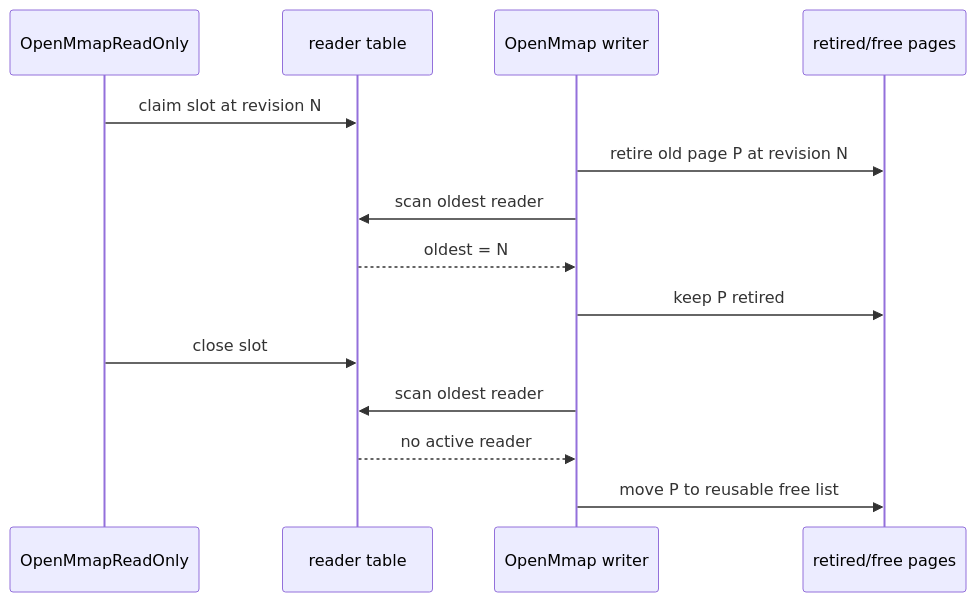
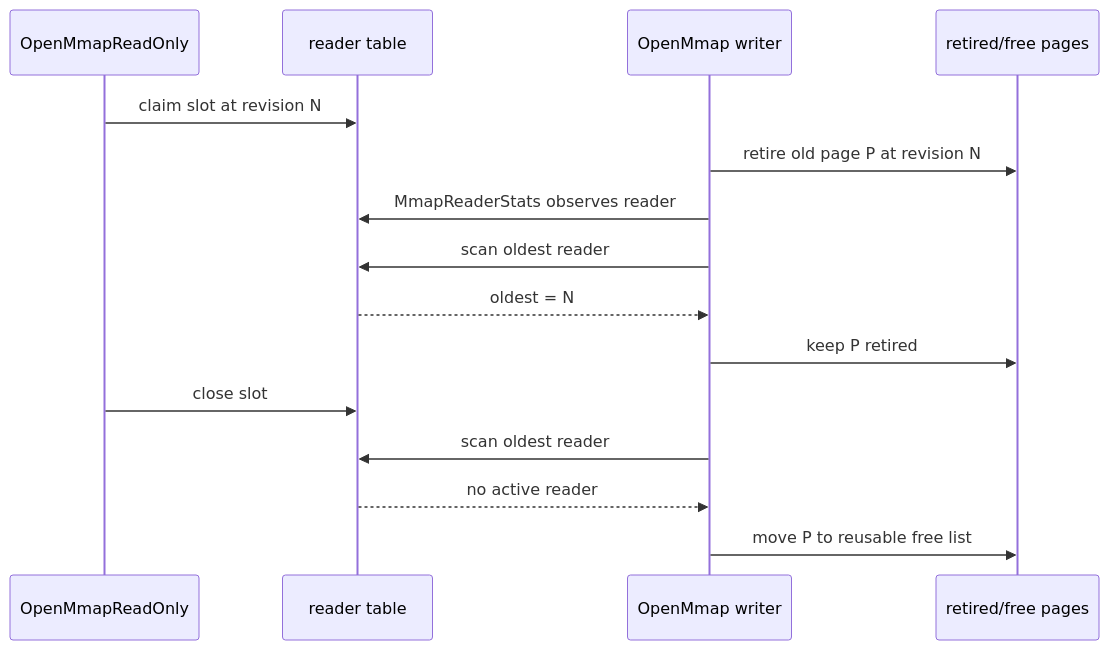
One commit to hadamrd/cow-btree-course changed the second of 3 diagrams in docs/09-openldap-opendj-research.md. Above: the diagram before and after it, drawn with Mermaid. The commit also changed other lines of this file and 9 other files, not shown here.

Commit message:
feat: expose mmap reader table maintenance

````diff
--- a/docs/09-openldap-opendj-research.md
+++ b/docs/09-openldap-opendj-research.md
@@ -66,17 +67,18 @@
 ```mermaid
 sequenceDiagram
     participant Reader as OpenMmapReadOnly
     participant Table as reader table
     participant Writer as OpenMmap writer
     participant Free as retired/free pages
 
     Reader->>Table: claim slot at revision N
     Writer->>Free: retire old page P at revision N
+    Writer->>Table: MmapReaderStats observes reader
     Writer->>Table: scan oldest reader
     Table-->>Writer: oldest = N
     Writer->>Free: keep P retired
     Reader->>Table: close slot
     Writer->>Table: scan oldest reader
     Table-->>Writer: no active reader
     Writer->>Free: move P to reusable free list
 ```
````
